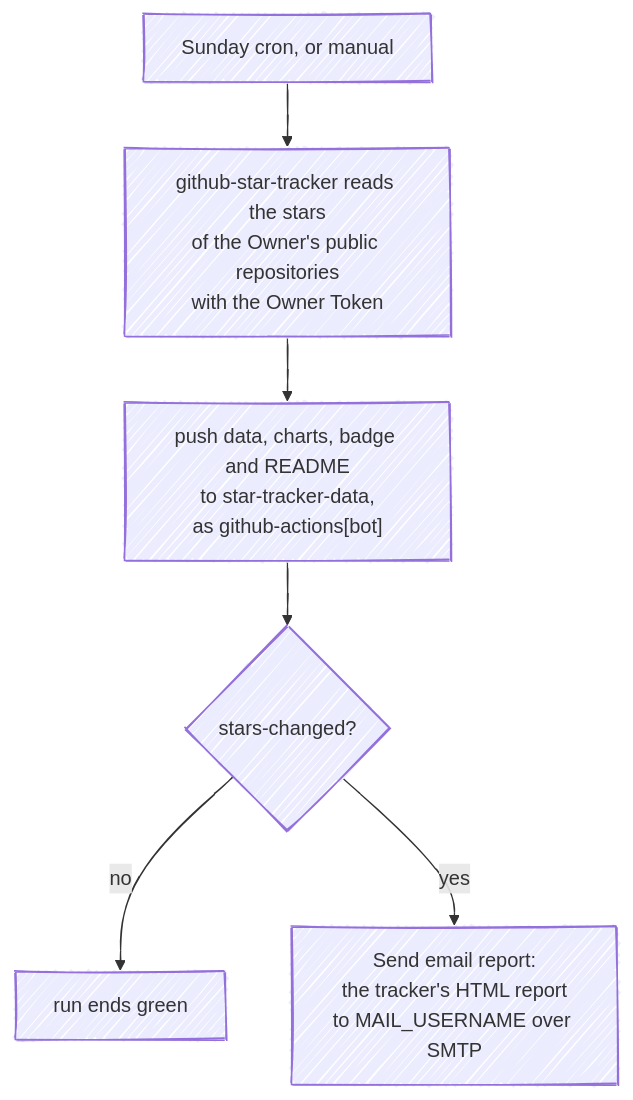
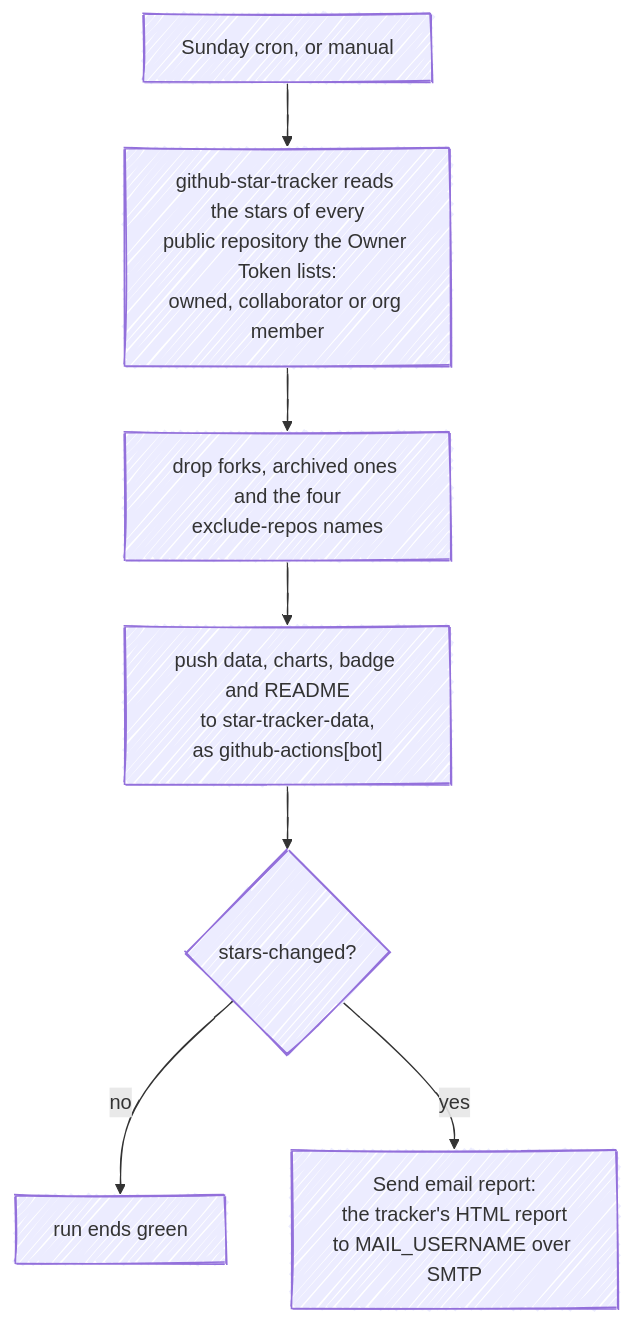
One commit to fbuireu/fbuireu changed the sixth of 9 diagrams in ARCHITECTURE.md. Above: the diagram before and after it, drawn with Mermaid. The commit also changed other lines of this file and 2 other files, not shown here.

First line of the commit message:
fix: exclude repositories from the star tracker by bare name

````diff
--- a/ARCHITECTURE.md
+++ b/ARCHITECTURE.md
@@ -246,13 +246,15 @@
 ```mermaid
 ---
 config:
   look: handDrawn
   layout: dagre
 ---
 flowchart TD
-    cron["Sunday cron, or manual"] --> tracker["github-star-tracker reads the stars<br/>of the Owner's public repositories<br/>with the Owner Token"]
-    tracker --> branch["push data, charts, badge and README<br/>to star-tracker-data,<br/>as github-actions[bot]"]
+    cron["Sunday cron, or manual"] --> tracker["github-star-tracker reads the stars of every<br/>public repository the Owner Token lists:<br/>owned, collaborator or org member"]
+    tracker --> exclude["drop forks, archived ones and the four<br/>exclude-repos names"]
+    exclude --> branch
+    branch["push data, charts, badge and README<br/>to star-tracker-data,<br/>as github-actions[bot]"]
     branch --> changed{"stars-changed?"}
     changed -->|no| done["run ends green"]
     changed -->|yes| mail["Send email report:<br/>the tracker's HTML report<br/>to MAIL_USERNAME over SMTP"]
 ```
````
